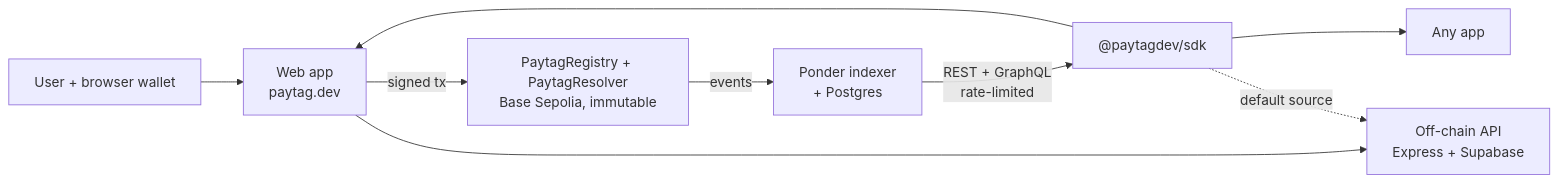
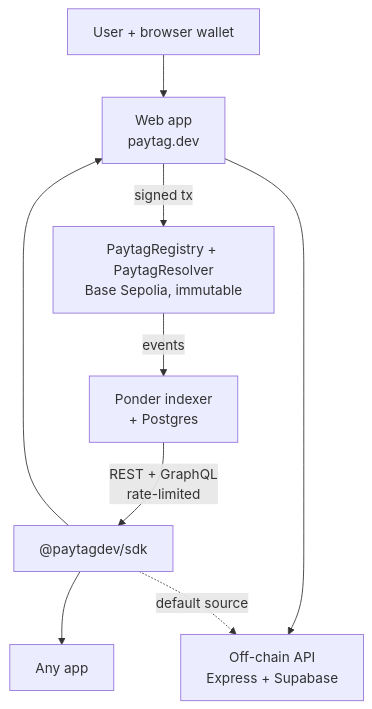
The first of 2 diagrams in README.md (ansah25/paytag), drawn with Mermaid before and after one commit. The commit also changed other lines of this file, not shown here.

Commit message:
Fix the sequence diagram's Mermaid parse error; lay the system map out top-down

````diff
--- a/README.md
+++ b/README.md
@@ -41,11 +41,11 @@
 ```mermaid
-flowchart LR
+flowchart TD
   U["User + browser wallet"] --> W["Web app<br/>paytag.dev"]
   W -->|"signed tx"| C["PaytagRegistry + PaytagResolver<br/>Base Sepolia, immutable"]
   C -->|"events"| I["Ponder indexer<br/>+ Postgres"]
   I -->|"REST + GraphQL<br/>rate-limited"| S["@paytagdev/sdk"]
   S --> W
   S --> X["Any app"]
   W --> O["Off-chain API<br/>Express + Supabase"]
   S -.->|"default source"| O
 ```
````
